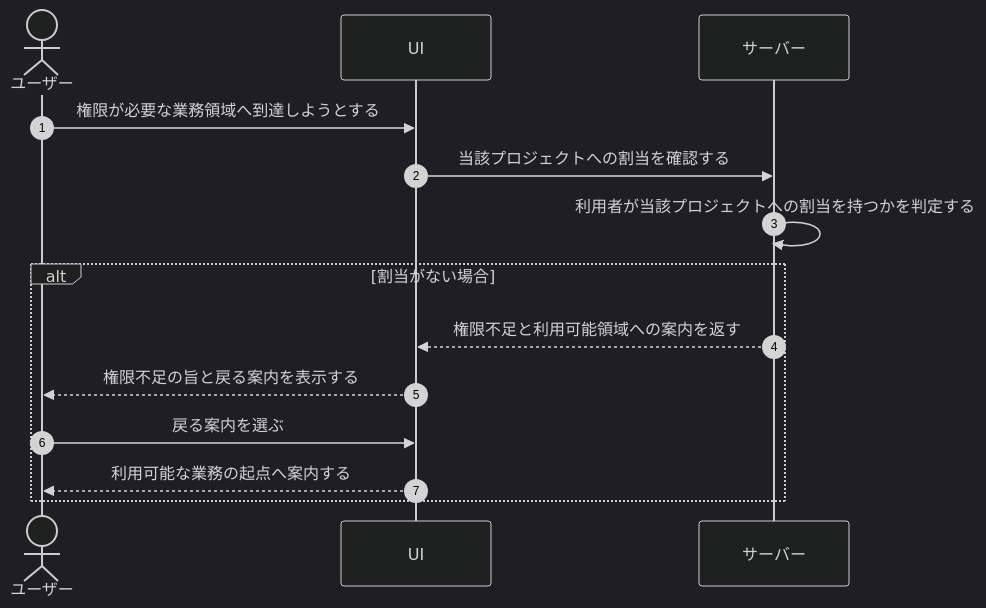
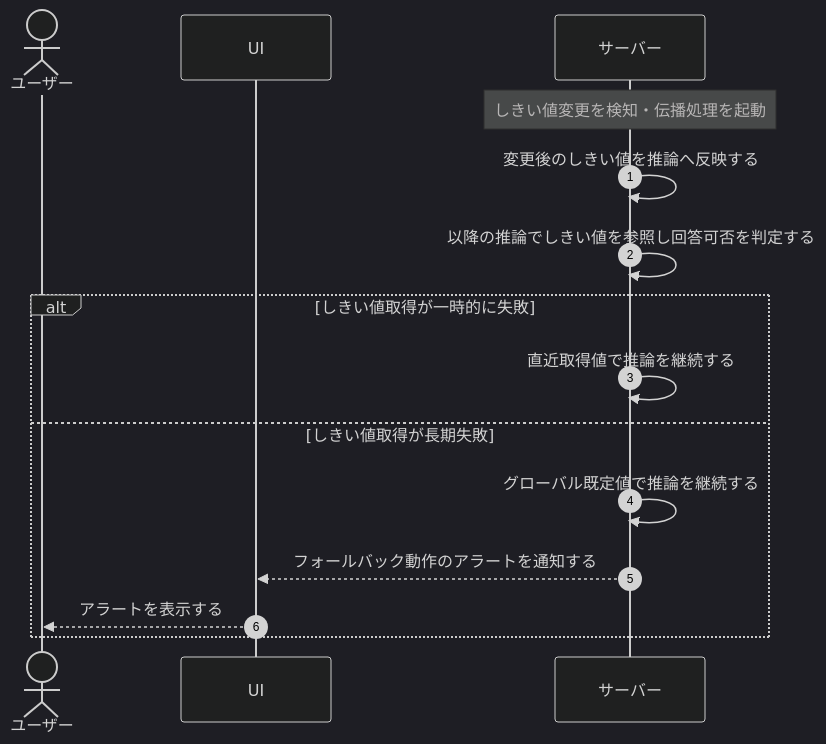
Before and after one commit to sikakou54/open-faq: the diagram in 01_requirements/04_business_usecases/UC-047.md, drawn with Mermaid (dark theme). The commit also changed other lines of this file and 395 other files, not shown here.

````diff
--- a/01_requirements/04_business_usecases/UC-047.md
+++ b/01_requirements/04_business_usecases/UC-047.md
@@ -26,16 +27,19 @@
 ```mermaid
 sequenceDiagram
   autonumber
   actor U as ユーザー
   participant UI as UI
   participant S as サーバー
-  U->>UI: 権限が必要な業務領域へ到達しようとする
-  UI->>S: 当該プロジェクトへの割当を確認する
-  S->>S: 利用者が当該プロジェクトへの割当を持つかを判定する
-  alt 割当がない場合
-    S-->>UI: 権限不足と利用可能領域への案内を返す
-    UI-->>U: 権限不足の旨と戻る案内を表示する
-    U->>UI: 戻る案内を選ぶ
-    UI-->>U: 利用可能な業務の起点へ案内する
+
+  Note over S: しきい値変更を検知・伝播処理を起動
+  S->>S: 変更後のしきい値を推論へ反映する
+  S->>S: 以降の推論でしきい値を参照し回答可否を判定する
+
+  alt しきい値取得が一時的に失敗
+    S->>S: 直近取得値で推論を継続する
+  else しきい値取得が長期失敗
+    S->>S: グローバル既定値で推論を継続する
+    S-->>UI: フォールバック動作のアラートを通知する
+    UI-->>U: アラートを表示する
   end
 ```
````
